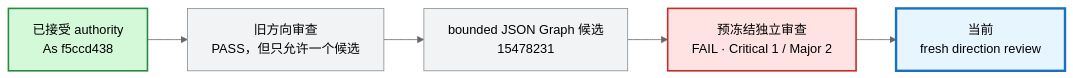
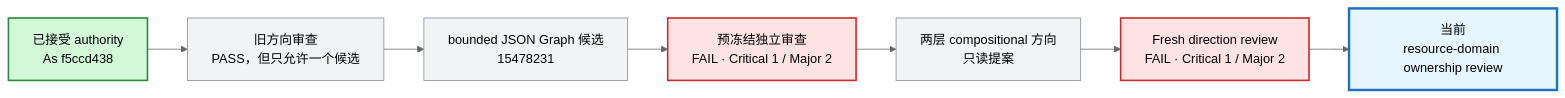
One commit to j-a-v-e-n/knowledge-vault changed the third of 3 diagrams in MyBrain/automation/reports/investment-discipline-system/CURRENT_PROGRESS.md. Above: the diagram before and after it, drawn with Mermaid (neutral theme). The commit also changed other lines of this file, not shown here.

````diff
--- a/MyBrain/automation/reports/investment-discipline-system/CURRENT_PROGRESS.md
+++ b/MyBrain/automation/reports/investment-discipline-system/CURRENT_PROGRESS.md
@@ -89,16 +89,19 @@
 ```mermaid
 flowchart LR
     AS["已接受 authority<br/>As f5ccd438"] --> D1["旧方向审查<br/>PASS，但只允许一个候选"]
     D1 --> C1["bounded JSON Graph 候选<br/>15478231"]
     C1 --> R1["预冻结独立审查<br/>FAIL · Critical 1 / Major 2"]
-    R1 --> D2["当前<br/>fresh direction review"]
+    R1 --> D2["两层 compositional 方向<br/>只读提案"]
+    D2 --> R2["Fresh direction review<br/>FAIL · Critical 1 / Major 2"]
+    R2 --> D3["当前<br/>resource-domain ownership review"]
 
     classDef accepted fill:#d3f9d8,stroke:#2b8a3e,stroke-width:2px;
     classDef historical fill:#f1f3f5,stroke:#868e96;
     classDef failed fill:#ffe3e3,stroke:#c92a2a,stroke-width:2px;
     classDef current fill:#e7f5ff,stroke:#1971c2,stroke-width:3px;
     class AS accepted;
     class D1,C1 historical;
-    class R1 failed;
-    class D2 current;
+    class R1,R2 failed;
+    class D2 historical;
+    class D3 current;
 ```
````
